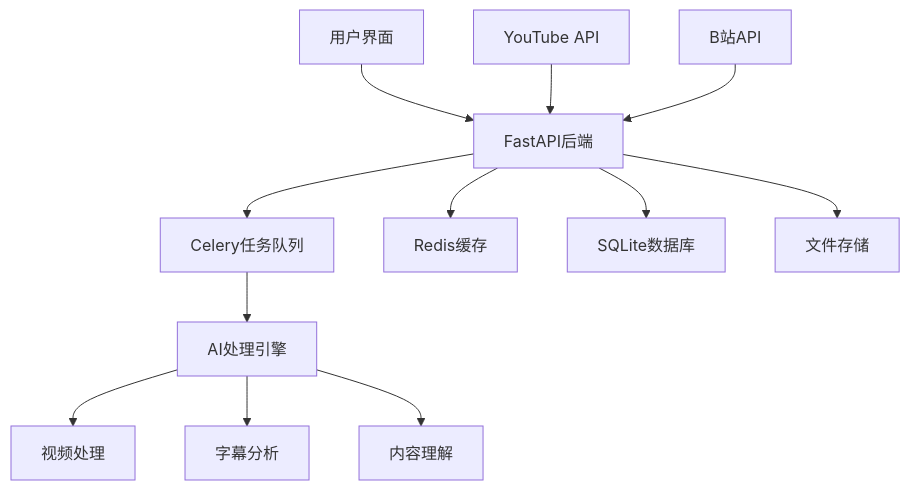
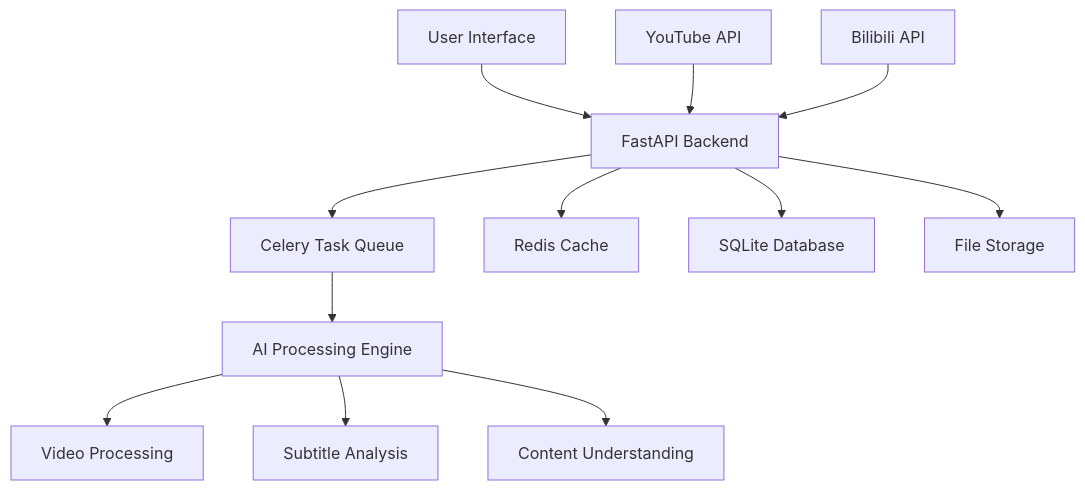
Before and after one commit to aryanjsingh/autoclipper: the diagram in .github/README.md, drawn with Mermaid. The commit also changed other lines of this file and 496 other files, not shown here.

````diff
--- a/.github/README.md
+++ b/.github/README.md
@@ -41,14 +41,14 @@
 ```mermaid
 graph TB
-    A[用户界面] --> B[FastAPI后端]
-    B --> C[Celery任务队列]
-    B --> D[Redis缓存]
-    B --> E[SQLite数据库]
-    C --> F[AI处理引擎]
-    F --> G[视频处理]
-    F --> H[字幕分析]
-    F --> I[内容理解]
-    B --> J[文件存储]
+    A[User Interface] --> B[FastAPI Backend]
+    B --> C[Celery Task Queue]
+    B --> D[Redis Cache]
+    B --> E[SQLite Database]
+    C --> F[AI Processing Engine]
+    F --> G[Video Processing]
+    F --> H[Subtitle Analysis]
+    F --> I[Content Understanding]
+    B --> J[File Storage]
     K[YouTube API] --> B
-    L[B站API] --> B
+    L[Bilibili API] --> B
 ```
````
